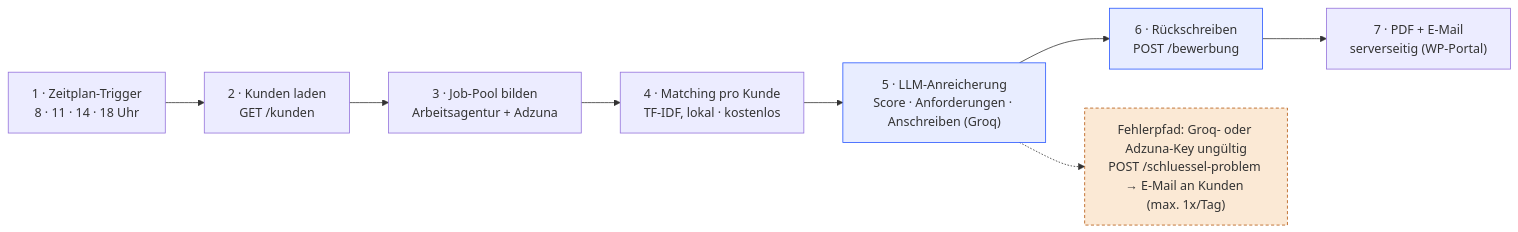
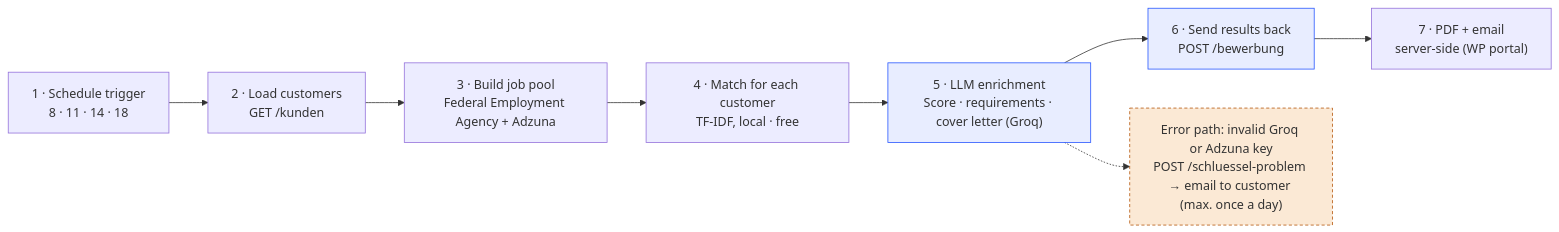
The second of 2 diagrams in ARCHITECTURE.md (3mothman/auto-job-search), drawn with Mermaid before and after one commit. The commit also changed other lines of this file, not shown here.

Commit message:
Translate architecture guide into English

````diff
--- a/ARCHITECTURE.md
+++ b/ARCHITECTURE.md
@@ -56,18 +56,18 @@
 ```mermaid
 flowchart LR
-    T1["1 · Zeitplan-Trigger<br/>8 · 11 · 14 · 18 Uhr"]
-    T2["2 · Kunden laden<br/>GET /kunden"]
-    T3["3 · Job-Pool bilden<br/>Arbeitsagentur + Adzuna"]
-    T4["4 · Matching pro Kunde<br/>TF-IDF, lokal · kostenlos"]
-    T5["5 · LLM-Anreicherung<br/>Score · Anforderungen · Anschreiben (Groq)"]
-    T6["6 · Rückschreiben<br/>POST /bewerbung"]
-    T7["7 · PDF + E-Mail<br/>serverseitig (WP-Portal)"]
-    ERR["Fehlerpfad: Groq- oder Adzuna-Key ungültig<br/>POST /schluessel-problem → E-Mail an Kunden (max. 1x/Tag)"]
+    T1["1 · Schedule trigger<br/>8 · 11 · 14 · 18"]
+    T2["2 · Load customers<br/>GET /kunden"]
+    T3["3 · Build job pool<br/>Federal Employment Agency + Adzuna"]
+    T4["4 · Match for each customer<br/>TF-IDF, local · free"]
+    T5["5 · LLM enrichment<br/>Score · requirements · cover letter (Groq)"]
+    T6["6 · Send results back<br/>POST /bewerbung"]
+    T7["7 · PDF + email<br/>server-side (WP portal)"]
+    ERR["Error path: invalid Groq or Adzuna key<br/>POST /schluessel-problem → email to customer (max. once a day)"]
 
     T1 --> T2 --> T3 --> T4 --> T5 --> T6 --> T7
     T5 -.-> ERR
 
     style T5 fill:#e8edff,stroke:#2454ff
     style T6 fill:#e8edff,stroke:#2454ff
     style ERR fill:#fbe9d5,stroke:#b45309,stroke-dasharray: 4 3
 ```
````
